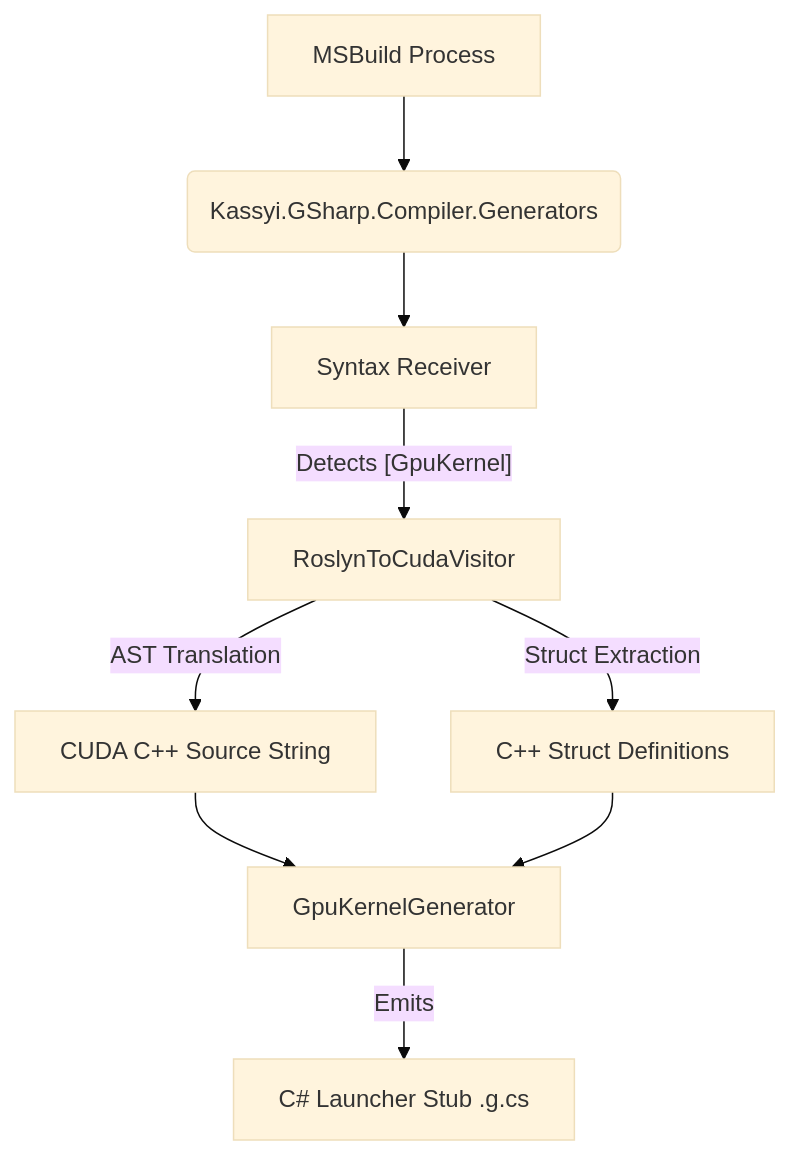
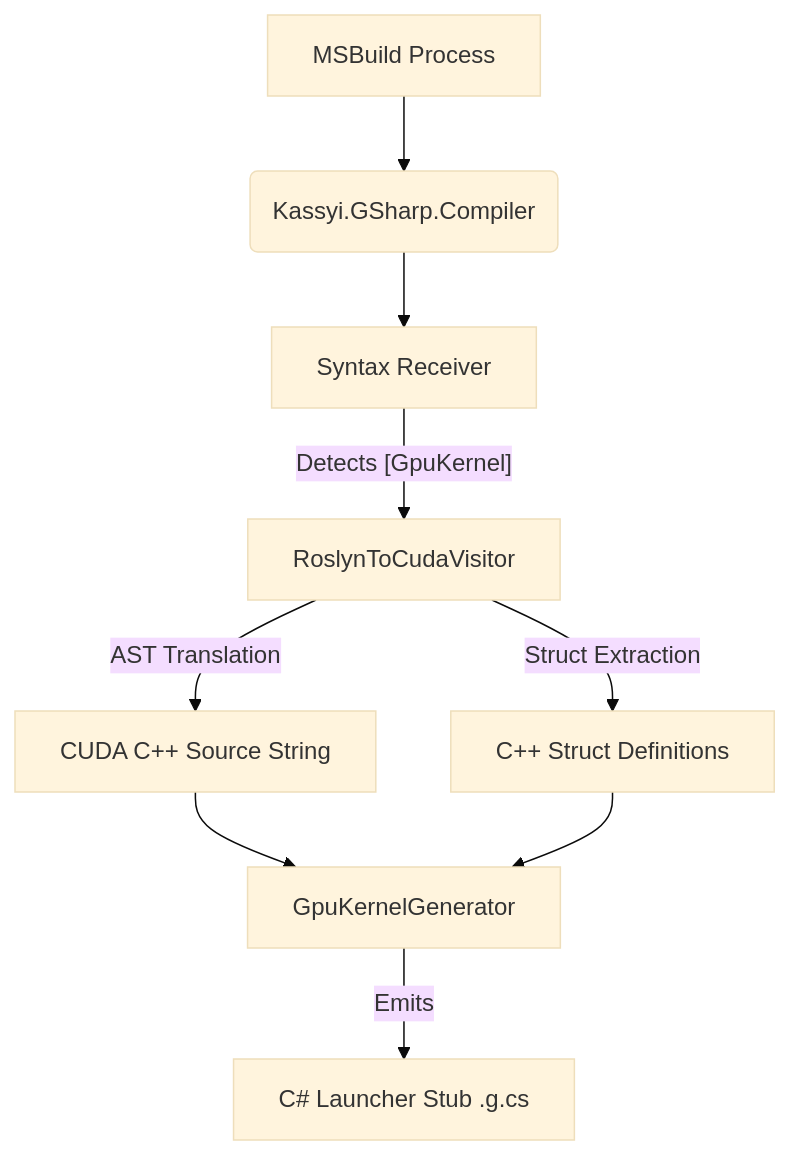
Before and after one commit to kassyi/Henicos: the diagram in docs/spec/en/02_architecture/01_aot_transpiler.md, drawn with Mermaid (base theme). The commit also changed other lines of this file and 3 other files, not shown here.

Commit message:
docs(spec): align architecture documentation with implementation

````diff
--- a/docs/spec/en/02_architecture/01_aot_transpiler.md
+++ b/docs/spec/en/02_architecture/01_aot_transpiler.md
@@ -17,11 +17,11 @@
 ```mermaid
 flowchart TD
-    A[MSBuild Process] --> B(Kassyi.GSharp.Compiler.Generators)
+    A[MSBuild Process] --> B(Kassyi.GSharp.Compiler)
     B --> C[Syntax Receiver]
     C -->|"Detects [GpuKernel]"| D[RoslynToCudaVisitor]
     D -->|AST Translation| E[CUDA C++ Source String]
     D -->|Struct Extraction| F[C++ Struct Definitions]
     E --> G[GpuKernelGenerator]
     F --> G
     G -->|Emits| H[C# Launcher Stub .g.cs]
 ```
````
